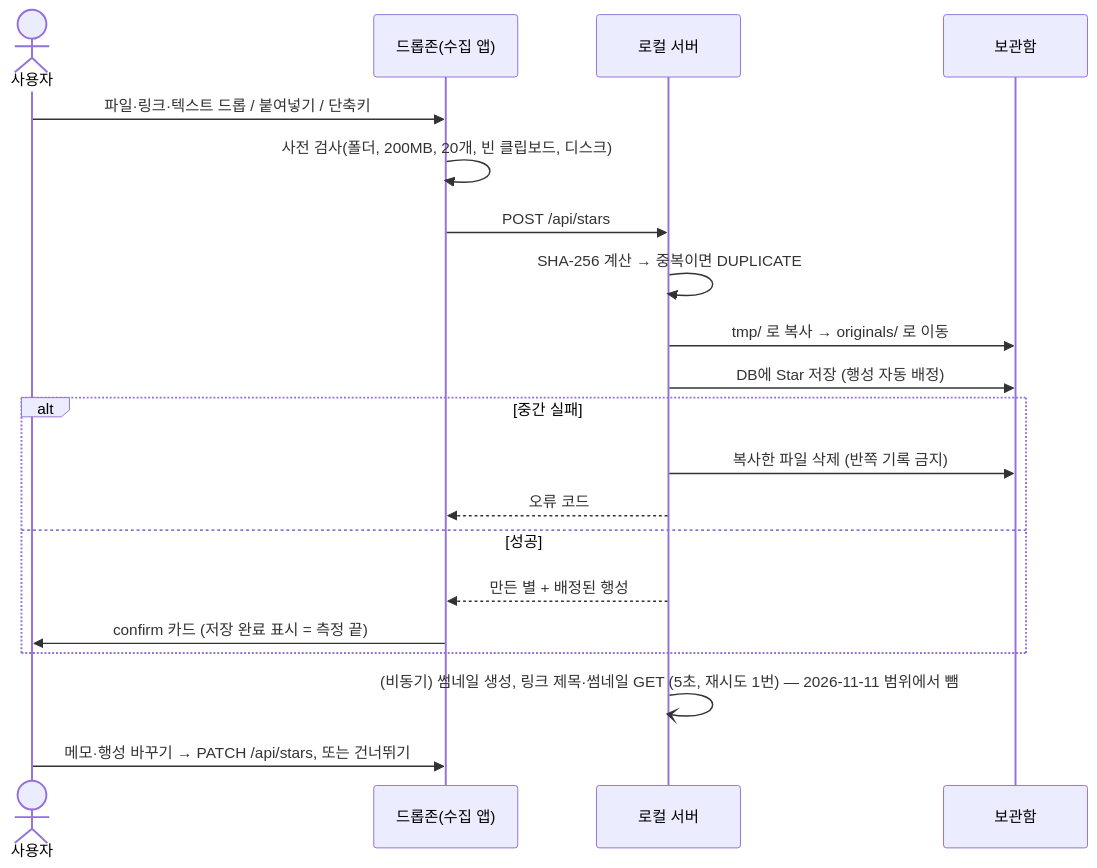
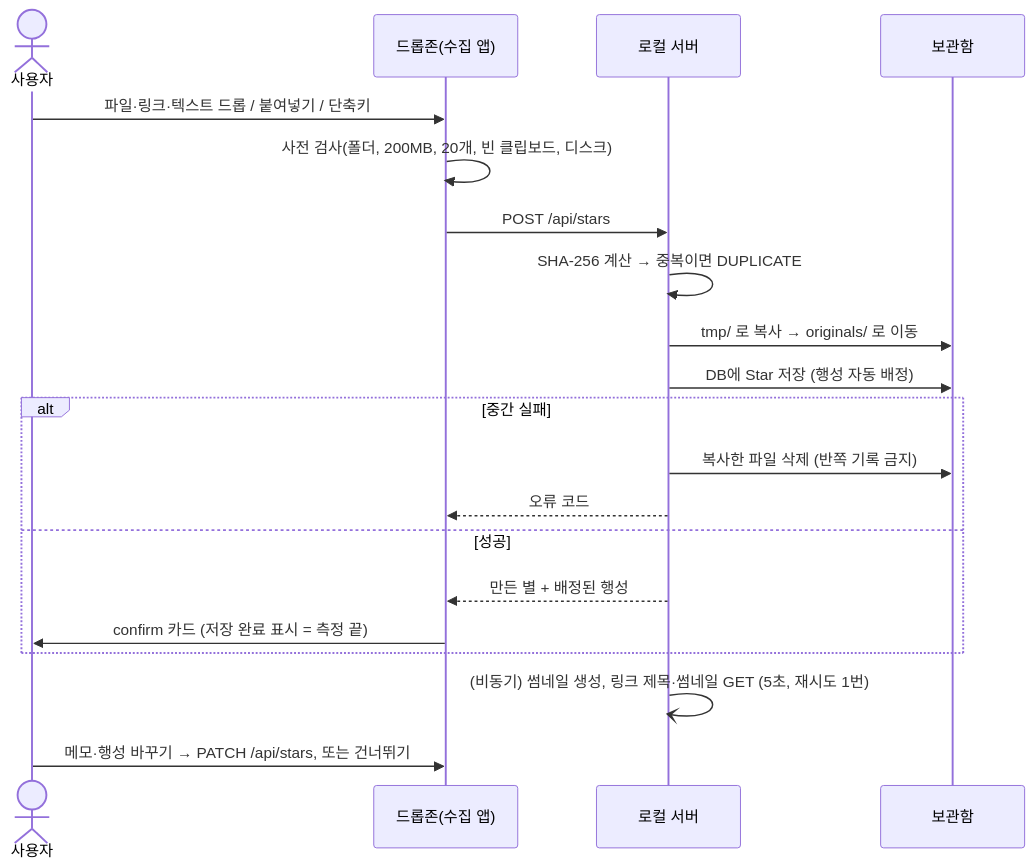
Before and after one commit to delightPIP/teamproject: the second of 2 diagrams in docs/SPEC.md, drawn with Mermaid. The commit also changed other lines of this file and 2 other files, not shown here.

Commit message:
Revert "docs: 썸네일·링크 제목 가져오기를 이번 범위에서 뺀다 (PO 축소)"

````diff
--- a/docs/SPEC.md
+++ b/docs/SPEC.md
@@ -385,22 +385,22 @@
 ```mermaid
 sequenceDiagram
     actor U as 사용자
     participant D as 드롭존(수집 앱)
     participant S as 로컬 서버
     participant V as 보관함
     U->>D: 파일·링크·텍스트 드롭 / 붙여넣기 / 단축키
     D->>D: 사전 검사(폴더, 200MB, 20개, 빈 클립보드, 디스크)
     D->>S: POST /api/stars
     S->>S: SHA-256 계산 → 중복이면 DUPLICATE
     S->>V: tmp/ 로 복사 → originals/ 로 이동
     S->>V: DB에 Star 저장 (행성 자동 배정)
     alt 중간 실패
         S->>V: 복사한 파일 삭제 (반쪽 기록 금지)
         S-->>D: 오류 코드
     else 성공
         S-->>D: 만든 별 + 배정된 행성
         D->>U: confirm 카드 (저장 완료 표시 = 측정 끝)
     end
-    S-)S: (비동기) 썸네일 생성, 링크 제목·썸네일 GET (5초, 재시도 1번) — 2026-11-11 범위에서 뺌
+    S-)S: (비동기) 썸네일 생성, 링크 제목·썸네일 GET (5초, 재시도 1번)
     U->>D: 메모·행성 바꾸기 → PATCH /api/stars, 또는 건너뛰기
 ```
````
